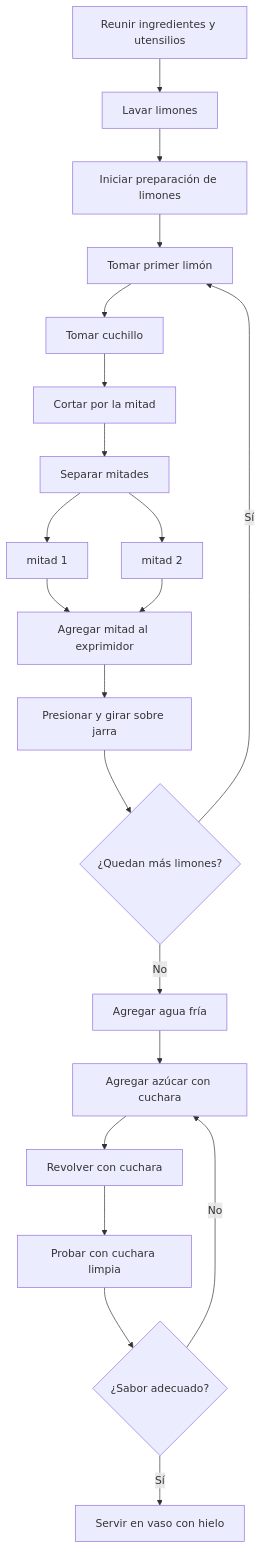
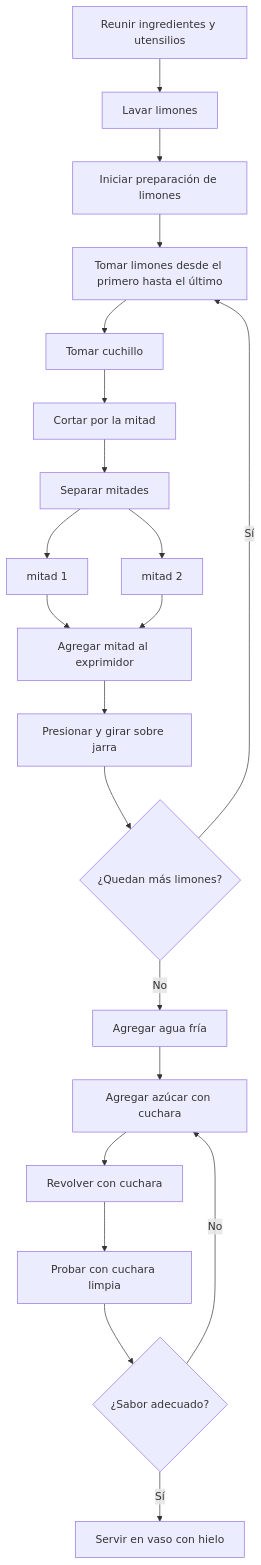
Before and after one commit to chrisdewa/curso_python: the third of 3 diagrams in docs/Unidad 1/tema 2 - Generalidades/parte 2 - algorítmica.md, drawn with Mermaid.

````diff
--- a/docs/Unidad 1/tema 2 - Generalidades/parte 2 - algorítmica.md
+++ b/docs/Unidad 1/tema 2 - Generalidades/parte 2 - algorítmica.md
@@ -58,24 +58,24 @@
 ```mermaid
 flowchart TD
   A[Reunir ingredientes y utensilios] --> B[Lavar limones]
 
   B --> C[Iniciar preparación de limones]
-  C --> D1[Tomar primer limón]
+  C --> D1[Tomar limones desde el primero hasta el último]
 
   D1 --> D2[Tomar cuchillo]
   D2 --> D3[Cortar por la mitad]
   D3 --> D4[Separar mitades]
   D4 --> D41[mitad 1] & D42[mitad 2] --> D5[Agregar mitad al exprimidor]
   D5 --> D6[Presionar y girar sobre jarra]
   D6 --> D8{¿Quedan más limones?}
 
   D8 -- Sí --> D1
   D8 -- No --> F[Agregar agua fría]
   F --> G[Agregar azúcar con cuchara]
   G --> H[Revolver con cuchara]
   H --> I[Probar con cuchara limpia]
   I --> J{¿Sabor adecuado?}
   J -- No --> G
   J -- Sí --> K[Servir en vaso con hielo]
 
 ```
````
